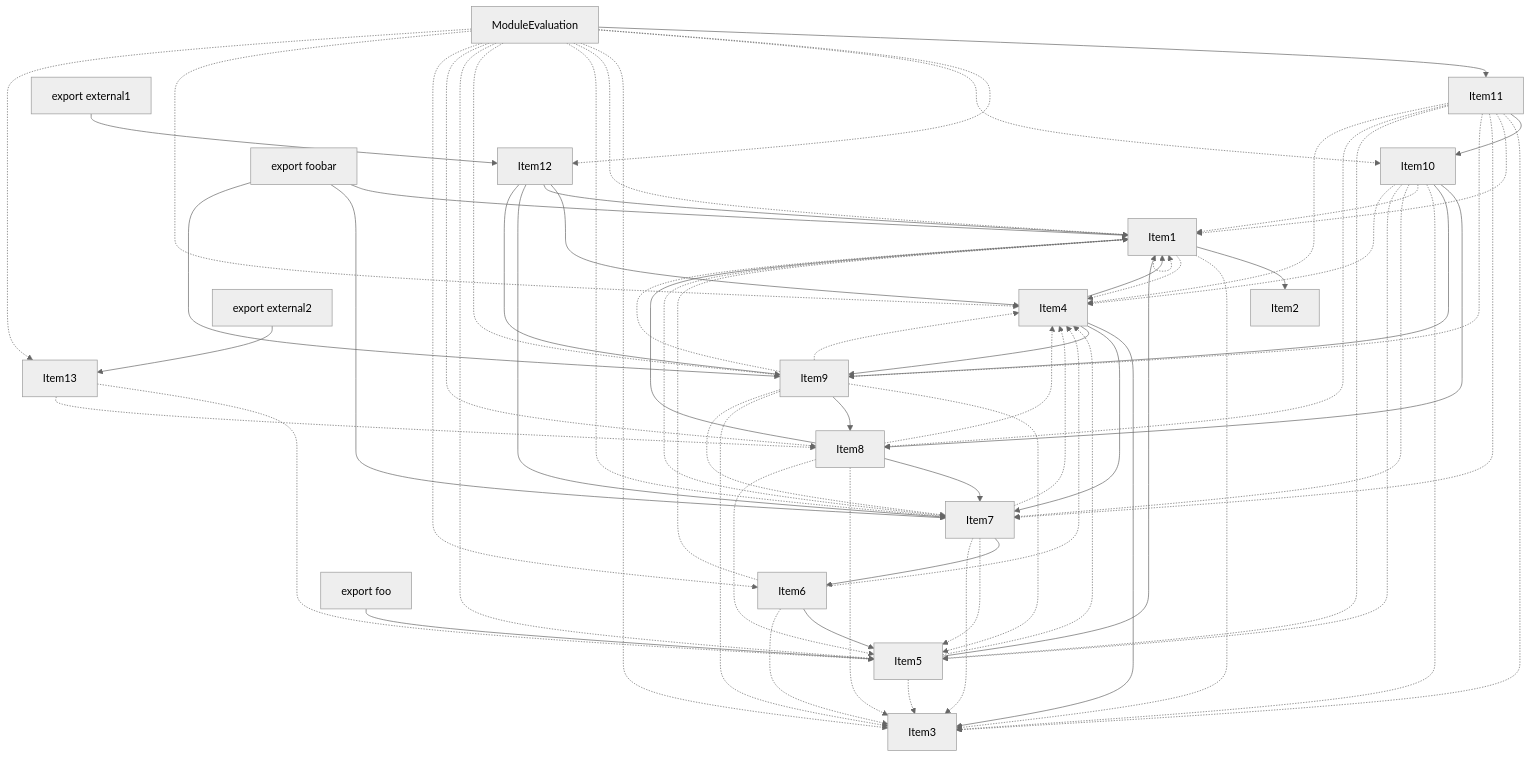
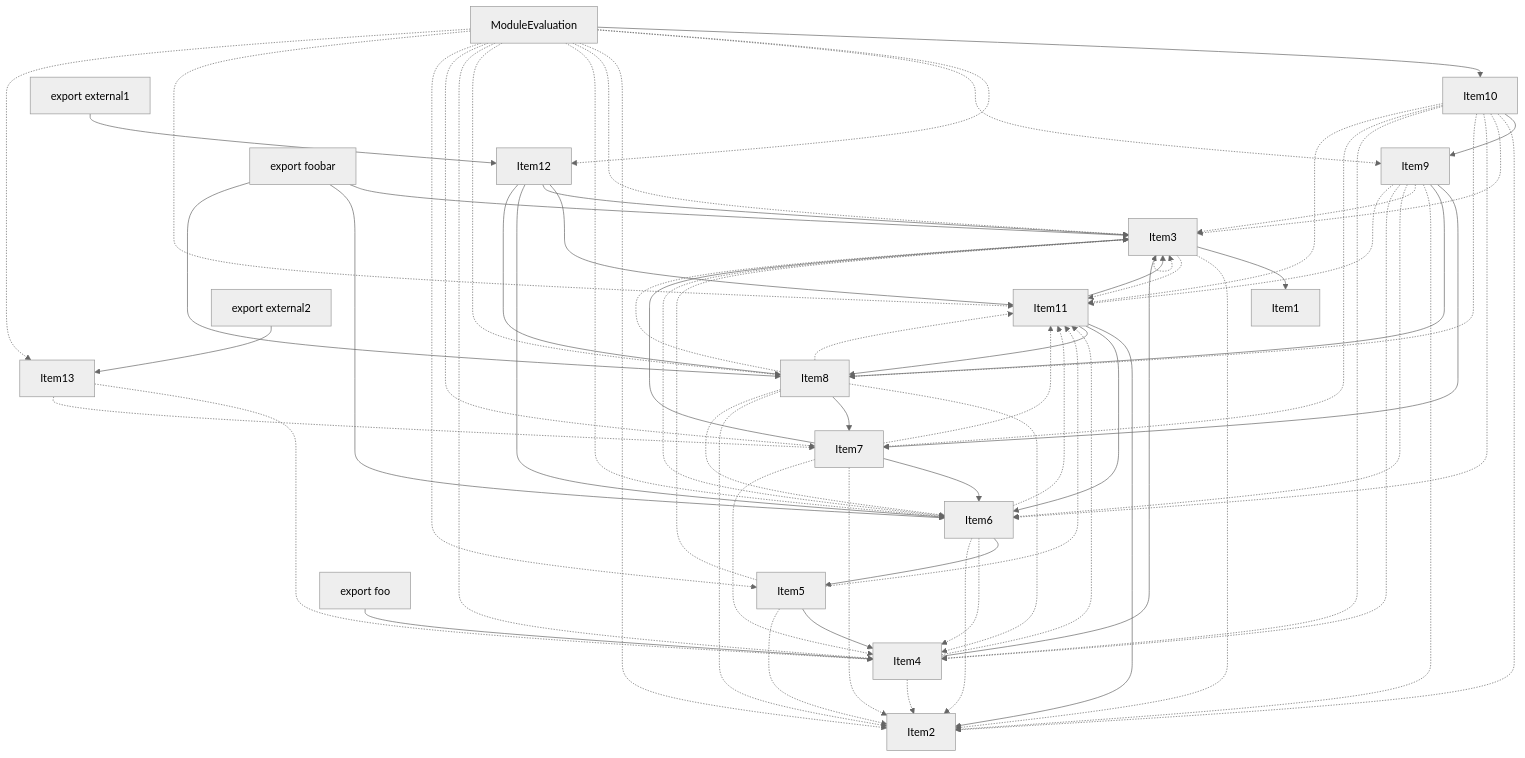
One commit to vercel/turborepo changed the fourth of 4 diagrams in crates/turbopack-ecmascript/tests/tree-shaker/analyzer/1/output.md. Above: the diagram before and after it, drawn with Mermaid (neutral theme). The commit also changed other lines of this file and 3 other files, not shown here.

````diff
--- a/crates/turbopack-ecmascript/tests/tree-shaker/analyzer/1/output.md
+++ b/crates/turbopack-ecmascript/tests/tree-shaker/analyzer/1/output.md
@@ -343,74 +343,74 @@
     Item17["export external1"];
     Item18;
     Item18["export external2"];
-    Item1 --> Item2;
-    Item1 -.-> Item3;
-    Item1 -.-> Item1;
-    Item1 -.-> Item4;
-    Item5 --> Item1;
+    Item3 --> Item1;
+    Item3 -.-> Item2;
+    Item3 -.-> Item3;
+    Item3 -.-> Item11;
+    Item4 --> Item3;
+    Item4 -.-> Item2;
+    Item4 -.-> Item11;
+    Item5 --> Item4;
+    Item5 -.-> Item2;
     Item5 -.-> Item3;
-    Item5 -.-> Item4;
+    Item5 -.-> Item11;
     Item6 --> Item5;
+    Item6 -.-> Item4;
+    Item6 -.-> Item2;
     Item6 -.-> Item3;
-    Item6 -.-> Item1;
-    Item6 -.-> Item4;
+    Item6 -.-> Item11;
+    Item7 --> Item3;
     Item7 --> Item6;
-    Item7 -.-> Item5;
-    Item7 -.-> Item3;
-    Item7 -.-> Item1;
+    Item7 -.-> Item2;
     Item7 -.-> Item4;
-    Item8 --> Item1;
+    Item7 -.-> Item11;
+    Item8 -.-> Item4;
     Item8 --> Item7;
+    Item8 -.-> Item2;
     Item8 -.-> Item3;
-    Item8 -.-> Item5;
-    Item8 -.-> Item4;
-    Item9 -.-> Item5;
+    Item8 -.-> Item6;
+    Item8 -.-> Item11;
+    Item9 --> Item7;
     Item9 --> Item8;
+    Item9 -.-> Item2;
     Item9 -.-> Item3;
-    Item9 -.-> Item1;
-    Item9 -.-> Item7;
+    Item9 -.-> Item6;
     Item9 -.-> Item4;
-    Item10 --> Item8;
+    Item9 -.-> Item11;
     Item10 --> Item9;
+    Item10 -.-> Item2;
     Item10 -.-> Item3;
-    Item10 -.-> Item1;
+    Item10 -.-> Item6;
+    Item10 -.-> Item8;
+    Item10 -.-> Item4;
     Item10 -.-> Item7;
-    Item10 -.-> Item5;
-    Item10 -.-> Item4;
-    Item11 --> Item10;
-    Item11 -.-> Item3;
-    Item11 -.-> Item1;
-    Item11 -.-> Item7;
-    Item11 -.-> Item9;
-    Item11 -.-> Item5;
-    Item11 -.-> Item8;
-    Item11 -.-> Item4;
-    Item4 --> Item3;
-    Item4 --> Item1;
-    Item4 --> Item7;
-    Item4 --> Item9;
-    Item12 --> Item4;
-    Item12 --> Item1;
-    Item12 --> Item7;
-    Item12 --> Item9;
-    Item13 -.-> Item5;
-    Item13 -.-> Item8;
-    Item14 --> Item11;
+    Item10 -.-> Item11;
+    Item11 --> Item2;
+    Item11 --> Item3;
+    Item11 --> Item6;
+    Item11 --> Item8;
+    Item12 --> Item11;
+    Item12 --> Item3;
+    Item12 --> Item6;
+    Item12 --> Item8;
+    Item13 -.-> Item4;
+    Item13 -.-> Item7;
+    Item14 --> Item10;
     Item14 -.-> Item12;
-    Item14 -.-> Item10;
+    Item14 -.-> Item9;
+    Item14 -.-> Item2;
     Item14 -.-> Item3;
-    Item14 -.-> Item1;
+    Item14 -.-> Item6;
+    Item14 -.-> Item8;
+    Item14 -.-> Item4;
     Item14 -.-> Item7;
-    Item14 -.-> Item9;
     Item14 -.-> Item5;
-    Item14 -.-> Item8;
-    Item14 -.-> Item6;
-    Item14 -.-> Item4;
+    Item14 -.-> Item11;
     Item14 -.-> Item13;
-    Item15 --> Item1;
-    Item15 --> Item7;
-    Item15 --> Item9;
-    Item16 --> Item5;
+    Item15 --> Item3;
+    Item15 --> Item6;
+    Item15 --> Item8;
+    Item16 --> Item4;
     Item17 --> Item12;
     Item18 --> Item13;
 ```
````
